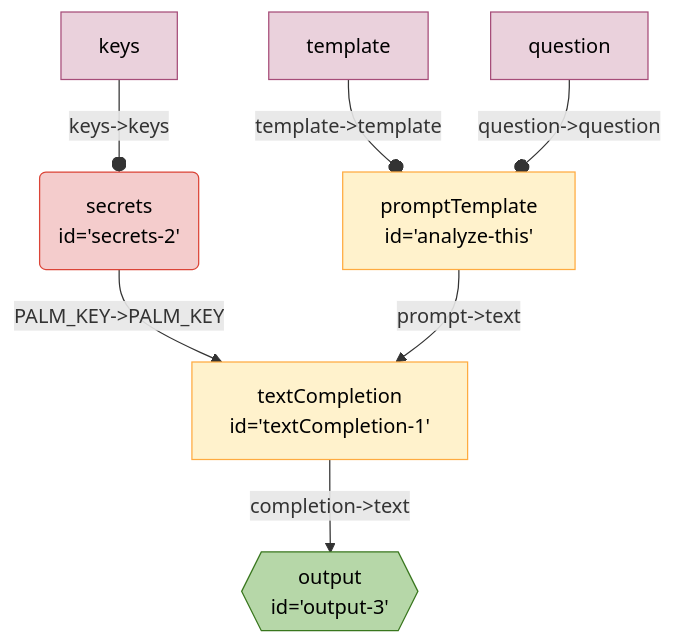
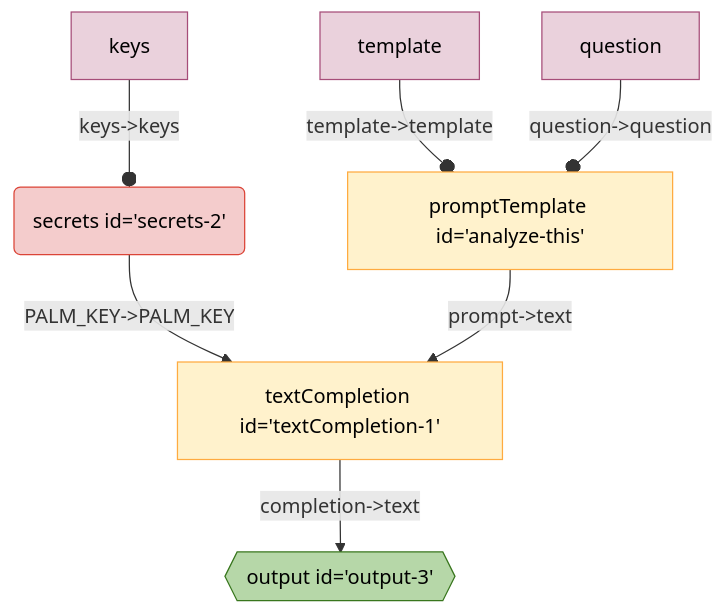
The diagram in seeds/graph-playground/docs/graphs/auto-simple-prompt.md (breadboard-ai/breadboard), drawn with Mermaid before and after one commit. The commit also changed 17 other files, not shown here.

Commit message:
nit: remove extranous line break in mermaid sources

````diff
--- a/seeds/graph-playground/docs/graphs/auto-simple-prompt.md
+++ b/seeds/graph-playground/docs/graphs/auto-simple-prompt.md
@@ -5,24 +5,18 @@
   ```mermaid
   %%{init: 'themeVariables': { 'fontFamily': 'Fira Code, monospace' }}%%
 graph TD;
-secrets2("secrets
-id='secrets-2'"):::secrets -- "PALM_KEY->PALM_KEY" --> textCompletion1["textCompletion
-id='textCompletion-1'"]
-textCompletion1["textCompletion
-id='textCompletion-1'"] -- "completion->text" --> output3{{"output
-id='output-3'"}}:::output
-analyzethis["promptTemplate
-id='analyze-this'"] -- "prompt->text" --> textCompletion1["textCompletion
-id='textCompletion-1'"]
+secrets2("secrets id='secrets-2'"):::secrets -- "PALM_KEY->PALM_KEY" --> textCompletion1["textCompletion id='textCompletion-1'"]
+textCompletion1["textCompletion id='textCompletion-1'"] -- "completion->text" --> output3{{"output id='output-3'"}}:::output
+analyzethis["promptTemplate id='analyze-this'"] -- "prompt->text" --> textCompletion1["textCompletion id='textCompletion-1'"]
 keyssecrets2[keys]:::config -- "keys->keys" --o secrets2
 templateanalyzethis[template]:::config -- "template->template" --o analyzethis
 questionanalyzethis[question]:::config -- "question->question" --o analyzethis
 classDef default stroke:#ffab40,fill:#fff2ccff,color:#000
 classDef input stroke:#3c78d8,fill:#c9daf8ff,color:#000
 classDef output stroke:#38761d,fill:#b6d7a8ff,color:#000
 classDef passthrough stroke:#a64d79,fill:#ead1dcff,color:#000
 classDef slot stroke:#a64d79,fill:#ead1dcff,color:#000
 classDef config stroke:#a64d79,fill:#ead1dcff,color:#000
 classDef secrets stroke:#db4437,fill:#f4cccc,color:#000
 classDef slotted stroke:#a64d79
   ```
````
